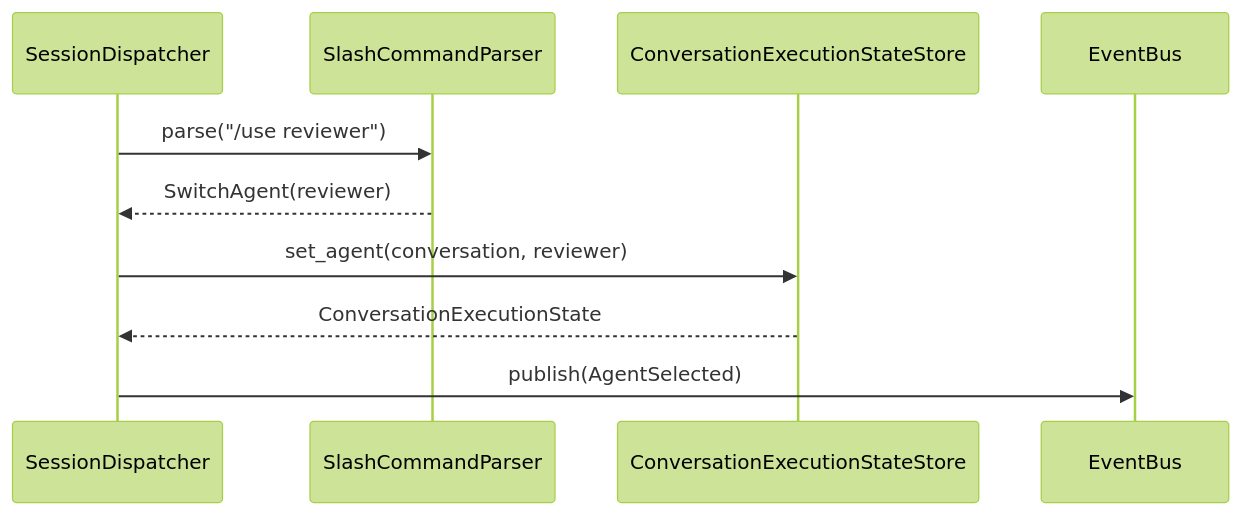
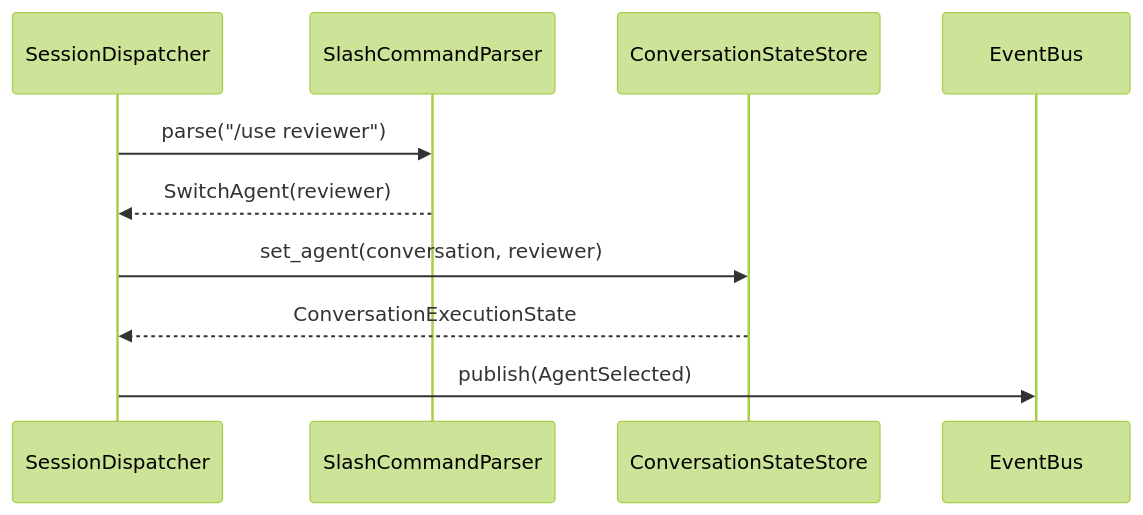
Before and after one commit to zhuxining/MindClaw: the third of 4 diagrams in docs/architecture/40-agent-skill-command.md, drawn with Mermaid (forest theme). The commit also changed other lines of this file and 63 other files, not shown here.

````diff
--- a/docs/architecture/40-agent-skill-command.md
+++ b/docs/architecture/40-agent-skill-command.md
@@ -77,13 +98,13 @@
 ```mermaid
 sequenceDiagram
     participant SD as SessionDispatcher
     participant CP as SlashCommandParser
-    participant STORE as ConversationExecutionStateStore
+    participant STORE as ConversationStateStore
     participant EB as EventBus
 
     SD->>CP: parse("/use reviewer")
     CP-->>SD: SwitchAgent(reviewer)
     SD->>STORE: set_agent(conversation, reviewer)
     STORE-->>SD: ConversationExecutionState
     SD->>EB: publish(AgentSelected)
 ```
````
